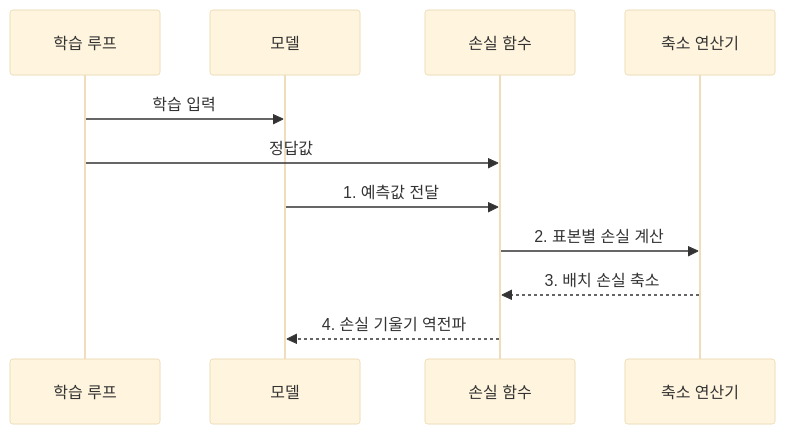
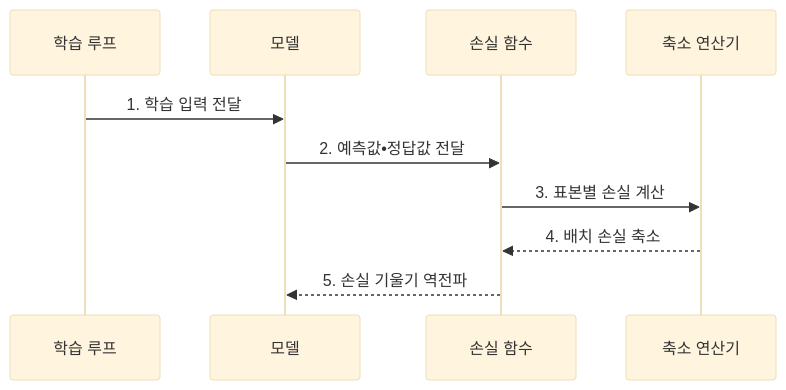
One commit to agnusdei1207/knowledge-base changed the second of 2 diagrams in src/content/docs/notes/01-basic-theory/042_loss_functions.md. Above: the diagram before and after it, drawn with Mermaid (base theme). The commit also changed other lines of this file and 26 other files, not shown here.

````diff
--- a/src/content/docs/notes/01-basic-theory/042_loss_functions.md
+++ b/src/content/docs/notes/01-basic-theory/042_loss_functions.md
@@ -99,13 +88,12 @@
 ```mermaid
 sequenceDiagram
     participant T as 학습 루프
     participant M as 모델
     participant L as 손실 함수
     participant R as 축소 연산기
-    T->>M: 학습 입력
-    T->>L: 정답값
-    M->>L: 1. 예측값 전달
-    L->>R: 2. 표본별 손실 계산
-    R-->>L: 3. 배치 손실 축소
-    L-->>M: 4. 손실 기울기 역전파
+    T->>M: 1. 학습 입력 전달
+    M->>L: 2. 예측값•정답값 전달
+    L->>R: 3. 표본별 손실 계산
+    R-->>L: 4. 배치 손실 축소
+    L-->>M: 5. 손실 기울기 역전파
 ```
````
